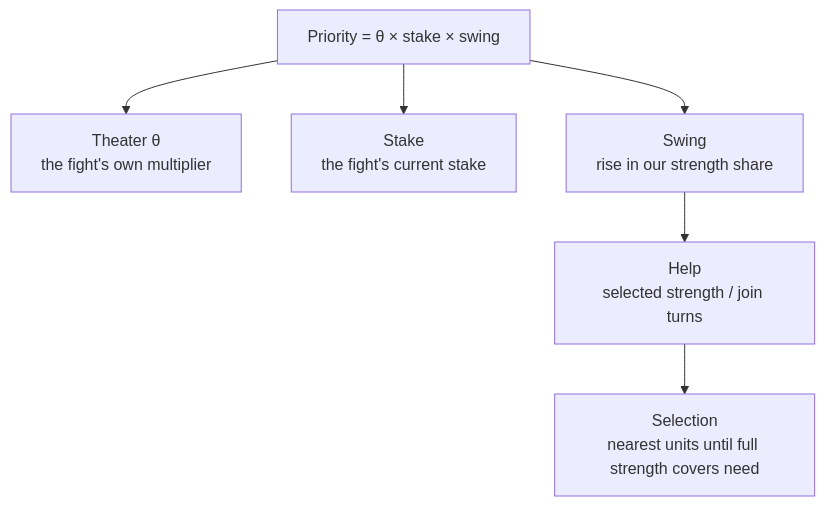
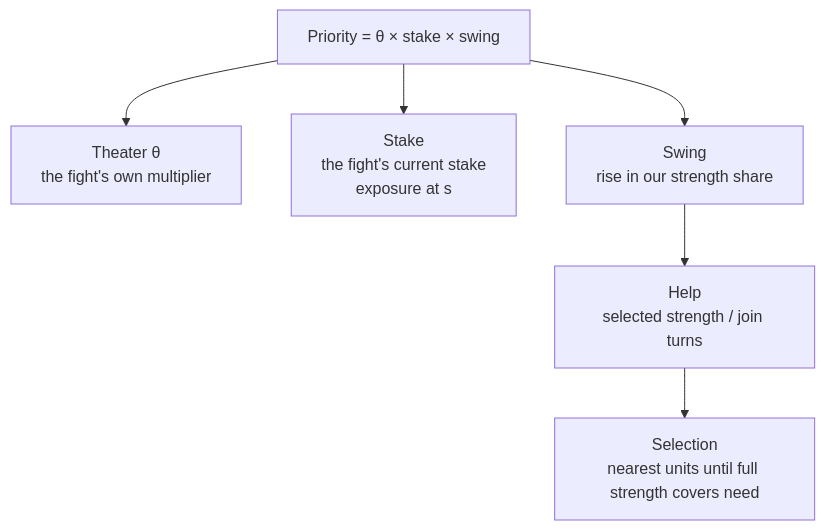
Before and after one commit to vox-deorum/vox-deorum: the diagram in docs/developers/civ5-dll/unit-ai/commands/reinforcement.md, drawn with Mermaid. The commit also changed other lines of this file and 28 other files, not shown here.

````diff
--- a/docs/developers/civ5-dll/unit-ai/commands/reinforcement.md
+++ b/docs/developers/civ5-dll/unit-ai/commands/reinforcement.md
@@ -5,9 +5,9 @@
 ```mermaid
 flowchart TD
     P["Priority = θ × stake × swing"]
     P --> T["Theater θ<br/>the fight's own multiplier"]
-    P --> B["Stake<br/>the fight's current stake"]
+    P --> B["Stake<br/>the fight's current stake<br/>exposure at s"]
     P --> W["Swing<br/>rise in our strength share"]
     W --> H["Help<br/>selected strength / join turns"]
     H --> S["Selection<br/>nearest units until full strength covers need"]
 ```
````
